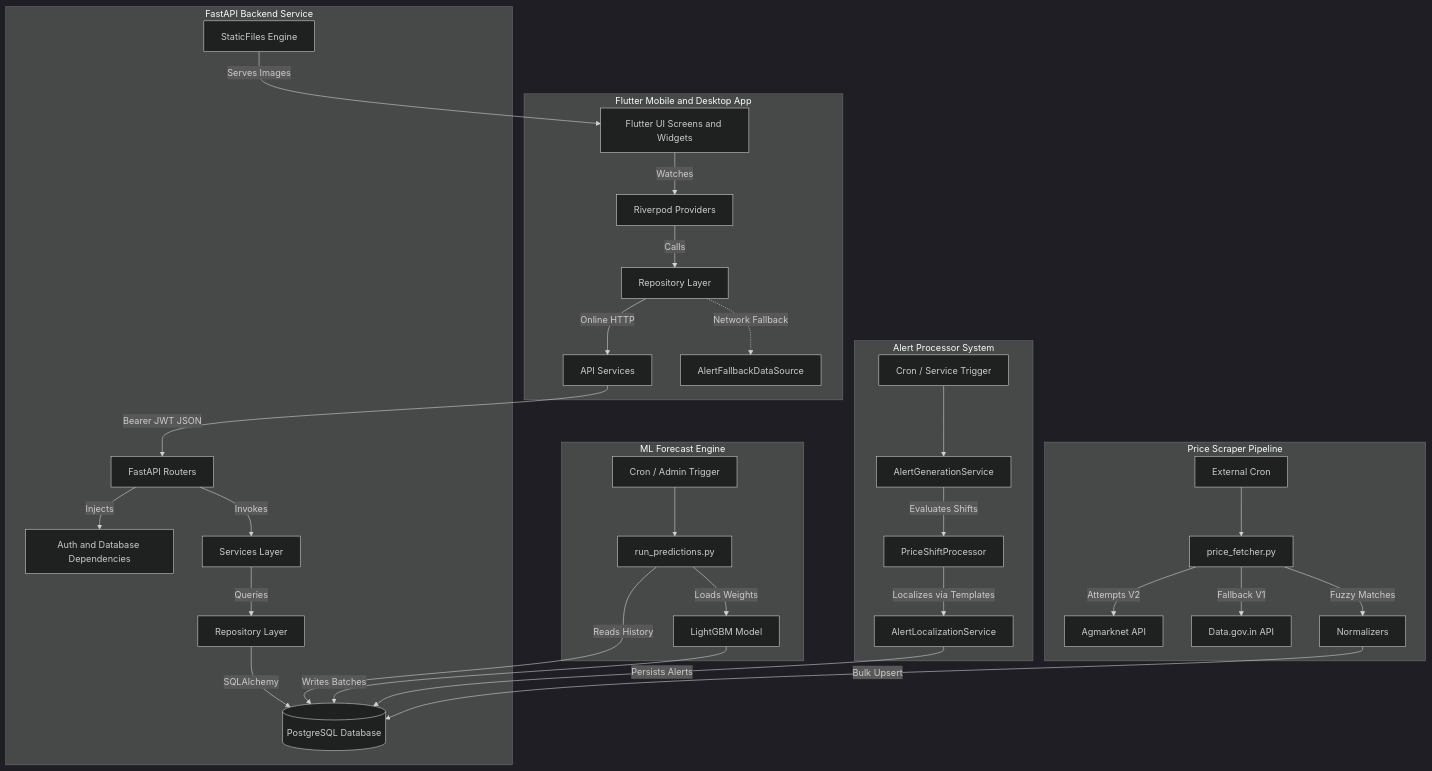
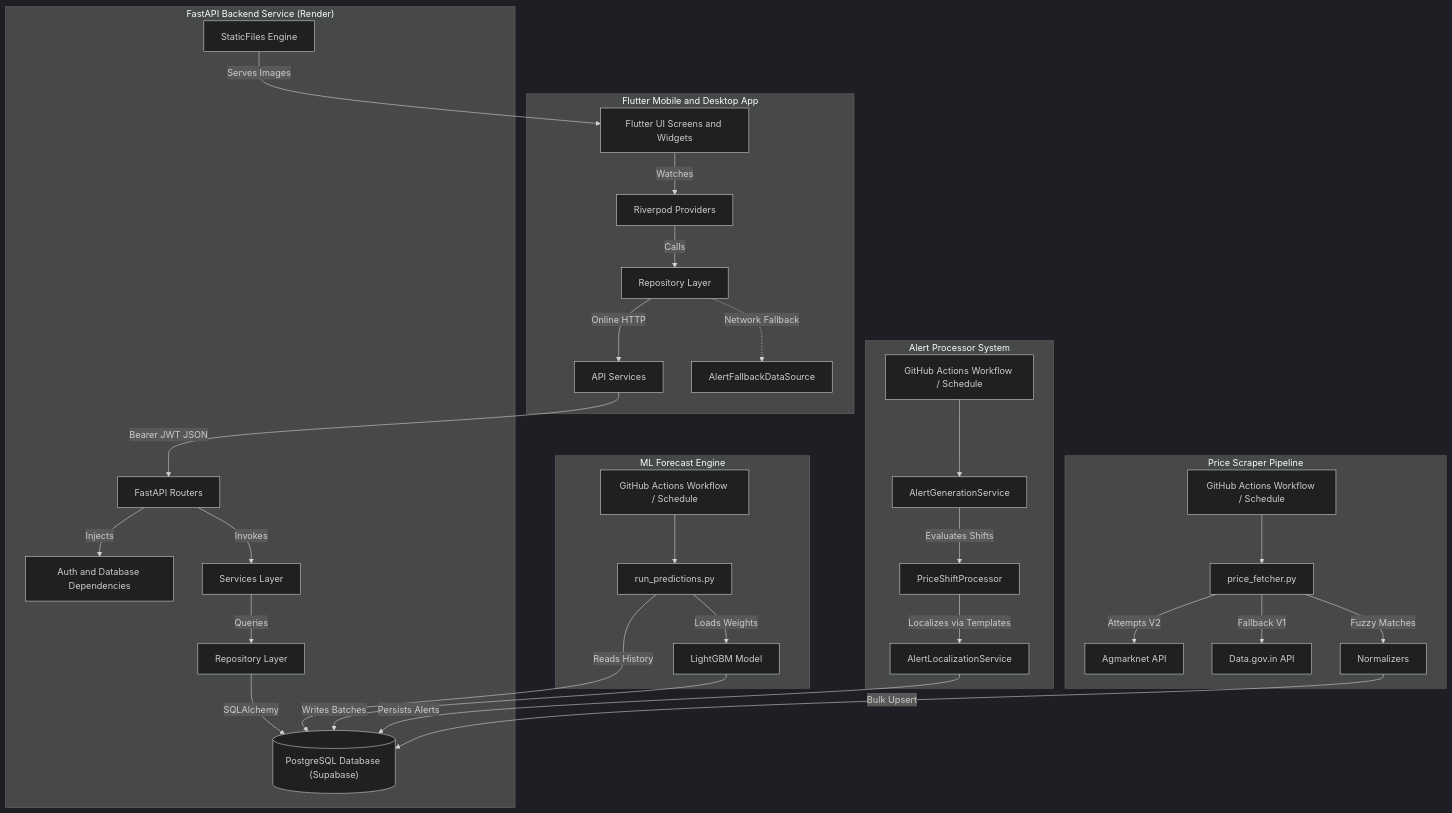
One commit to Navaneeth832/mandi-intelligence-app changed the first of 4 diagrams in agent_helper.md. Above: the diagram before and after it, drawn with Mermaid (dark theme). The commit also changed other lines of this file, not shown here.

````diff
--- a/agent_helper.md
+++ b/agent_helper.md
@@ -155,40 +153,40 @@
 ```mermaid
 flowchart TD
     subgraph Client ["Flutter Mobile and Desktop App"]
         UI["Flutter UI Screens and Widgets"] -->|Watches| RP["Riverpod Providers"]
         RP -->|Calls| Repo["Repository Layer"]
         Repo -->|Online HTTP| AS["API Services"]
         Repo -.->|Network Fallback| FBDS["AlertFallbackDataSource"]
     end
 
-    subgraph Server ["FastAPI Backend Service"]
+    subgraph Server ["FastAPI Backend Service (Render)"]
         AS -->|Bearer JWT JSON| RT["FastAPI Routers"]
         RT -->|Injects| Deps["Auth and Database Dependencies"]
         RT -->|Invokes| Serv["Services Layer"]
         Serv -->|Queries| DBRepo["Repository Layer"]
-        DBRepo -->|SQLAlchemy| DB[("PostgreSQL Database")]
+        DBRepo -->|SQLAlchemy| DB[("PostgreSQL Database (Supabase)")]
         Static["StaticFiles Engine"] -->|Serves Images| UI
     end
 
     subgraph Predictions ["ML Forecast Engine"]
-        CronP["Cron / Admin Trigger"] --> PR["run_predictions.py"]
+        CronP["GitHub Actions Workflow / Schedule"] --> PR["run_predictions.py"]
         PR -->|Loads Weights| LGB["LightGBM Model"]
         PR -->|Reads History| DB
         LGB -->|Writes Batches| DB
     end
 
     subgraph AlertsEngine ["Alert Processor System"]
-        CronA["Cron / Service Trigger"] --> AGS["AlertGenerationService"]
+        CronA["GitHub Actions Workflow / Schedule"] --> AGS["AlertGenerationService"]
         AGS -->|Evaluates Shifts| Processors["PriceShiftProcessor"]
         Processors -->|Localizes via Templates| ALS["AlertLocalizationService"]
         ALS -->|Persists Alerts| DB
     end
 
     subgraph DataPipeline ["Price Scraper Pipeline"]
-        CronS["External Cron"] --> PF["price_fetcher.py"]
+        CronS["GitHub Actions Workflow / Schedule"] --> PF["price_fetcher.py"]
         PF -->|Attempts V2| V2["Agmarknet API"]
         PF -->|Fallback V1| V1["Data.gov.in API"]
         PF -->|Fuzzy Matches| Norm["Normalizers"]
         Norm -->|Bulk Upsert| DB
     end
 ```
````
